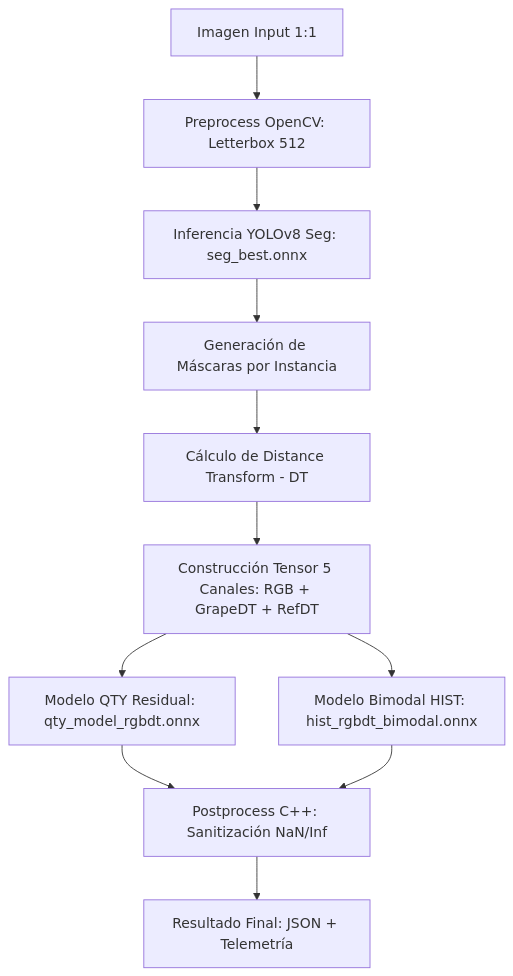
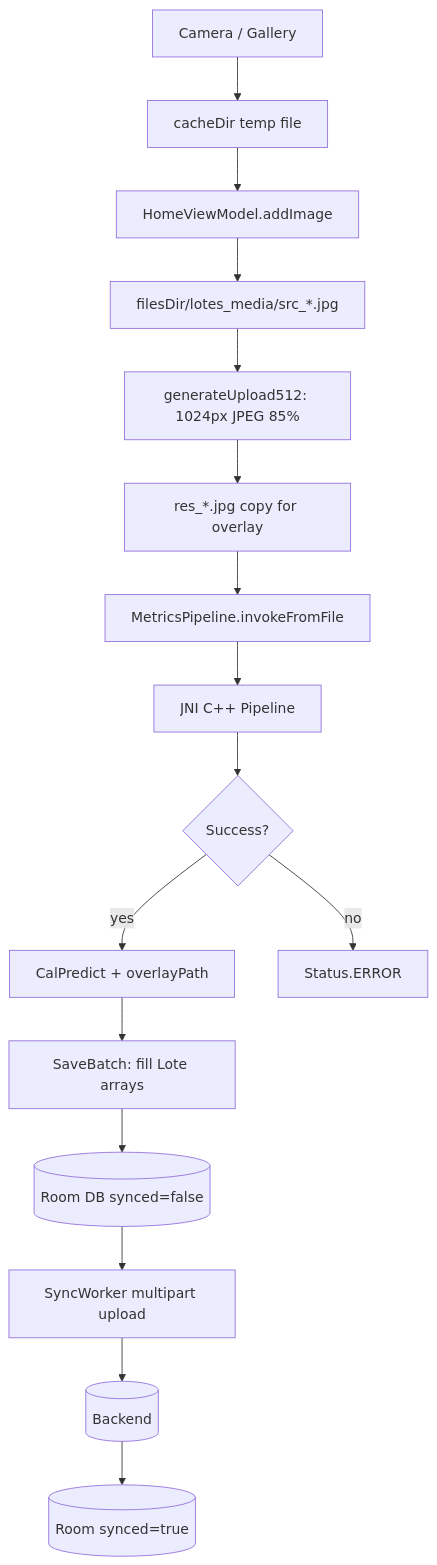
One commit to Maxbarrioslopez/grape-berry-estimation-demo-v2 changed the second of 4 diagrams in app_metrics_detection/README.md. Above: the diagram before and after it, drawn with Mermaid. The commit also changed other lines of this file and 2176 other files, not shown here.

Commit message:
Add front-back grape fusion flow with bilingual UI and theme support

````diff
--- a/app_metrics_detection/README.md
+++ b/app_metrics_detection/README.md
@@ -13,13 +220,18 @@
 ```mermaid
 flowchart TD
-    A[Imagen Input 1:1] --> B[Preprocess OpenCV: Letterbox 512]
-    B --> C[Inferencia YOLOv8 Seg: seg_best.onnx]
-    C --> D[Generación de Máscaras por Instancia]
-    D --> E[Cálculo de Distance Transform - DT]
-    E --> F[Construcción Tensor 5 Canales: RGB + GrapeDT + RefDT]
-    F --> G[Modelo QTY Residual: qty_model_rgbdt.onnx]
-    F --> H[Modelo Bimodal HIST: hist_rgbdt_bimodal.onnx]
-    G --> I[Postprocess C++: Sanitización NaN/Inf]
-    H --> I
-    I --> J[Resultado Final: JSON + Telemetría]
+    A[Camera / Gallery] --> B[cacheDir temp file]
+    B --> C[HomeViewModel.addImage]
+    C --> D[filesDir/lotes_media/src_*.jpg]
+    D --> E[generateUpload512: 1024px JPEG 85%]
+    E --> F[res_*.jpg copy for overlay]
+    F --> G[MetricsPipeline.invokeFromFile]
+    G --> H[JNI C++ Pipeline]
+    H --> I{Success?}
+    I -- yes --> J[CalPredict + overlayPath]
+    I -- no --> K[Status.ERROR]
+    J --> L[SaveBatch: fill Lote arrays]
+    L --> M[(Room DB synced=false)]
+    M --> N[SyncWorker multipart upload]
+    N --> O[(Backend)]
+    O --> P[(Room synced=true)]
 ```
````
